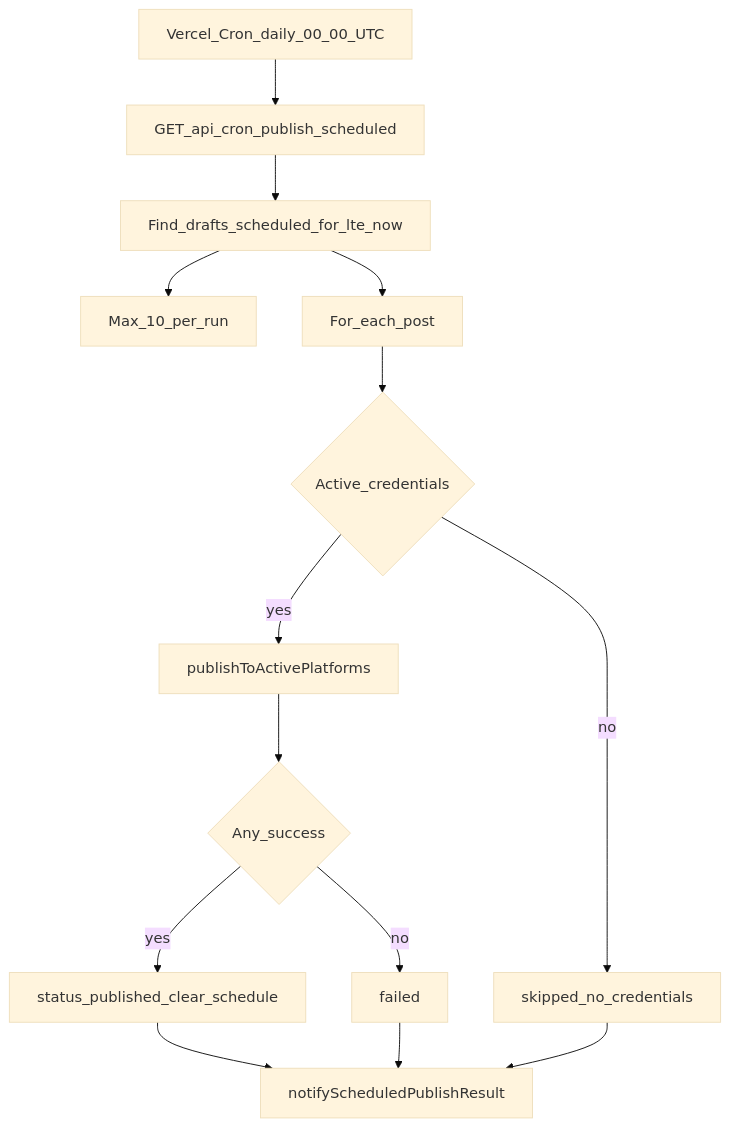
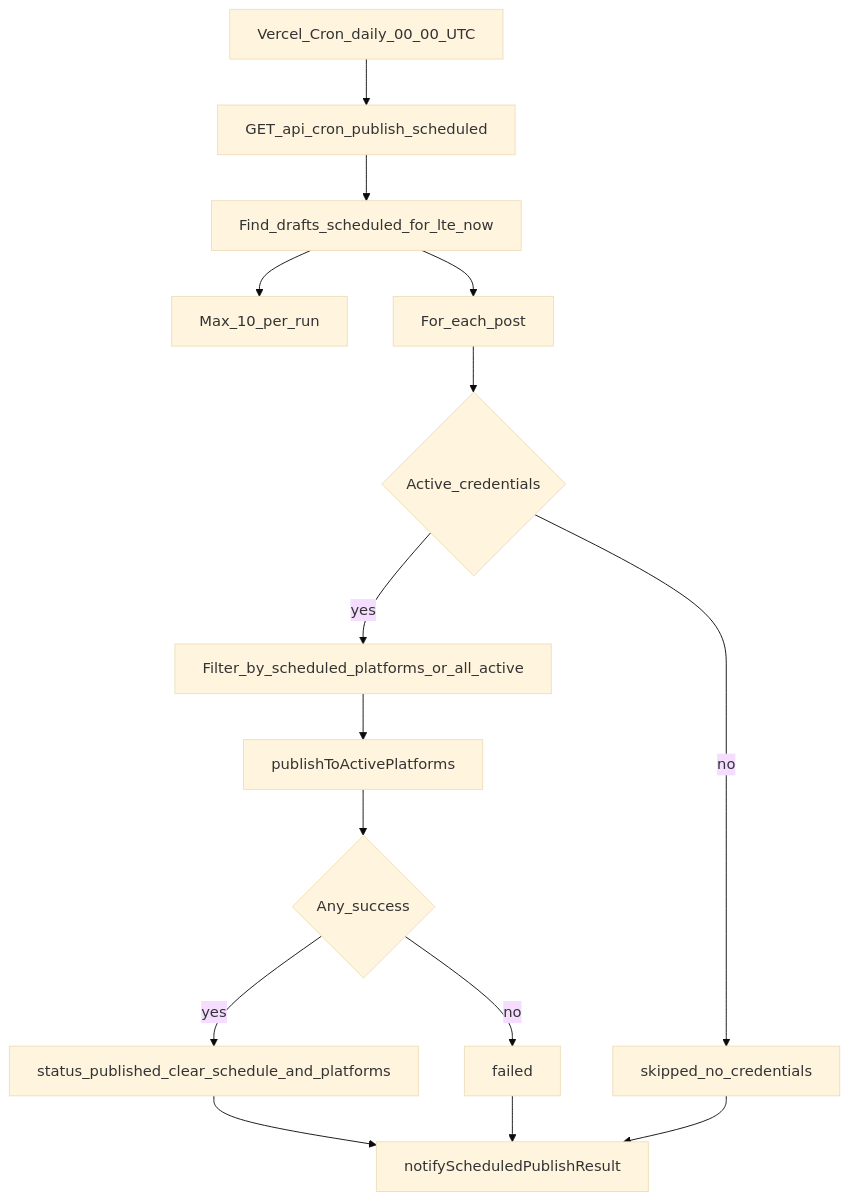
One commit to FarukhSaifi/SyncApp changed the diagram in docs/SYSTEM_FLOWS.md. Above: the diagram before and after it, drawn with Mermaid (base theme). The commit also changed 30 other files, not shown here.

````diff
--- a/docs/SYSTEM_FLOWS.md
+++ b/docs/SYSTEM_FLOWS.md
@@ -55,16 +55,17 @@
 ```mermaid
 flowchart TD
   cron[Vercel_Cron_daily_00_00_UTC] --> api[GET_api_cron_publish_scheduled]
   api --> find[Find_drafts_scheduled_for_lte_now]
   find --> limit[Max_10_per_run]
   find --> loop[For_each_post]
   loop --> creds{Active_credentials}
   creds -->|no| skip[skipped_no_credentials]
-  creds -->|yes| pub[publishToActivePlatforms]
+  creds -->|yes| filter[Filter_by_scheduled_platforms_or_all_active]
+  filter --> pub[publishToActivePlatforms]
   pub --> result{Any_success}
-  result -->|yes| done[status_published_clear_schedule]
+  result -->|yes| done[status_published_clear_schedule_and_platforms]
   result -->|no| fail[failed]
   done --> notify[notifyScheduledPublishResult]
   fail --> notify
   skip --> notify
 ```
````
